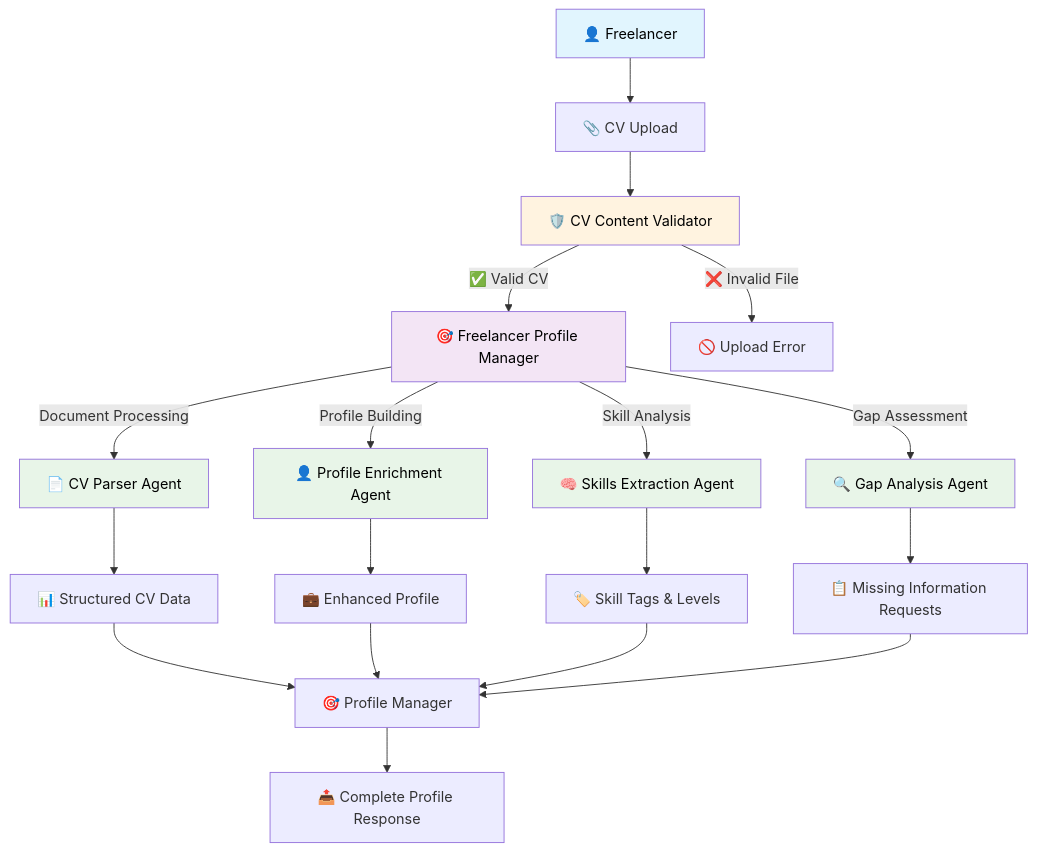
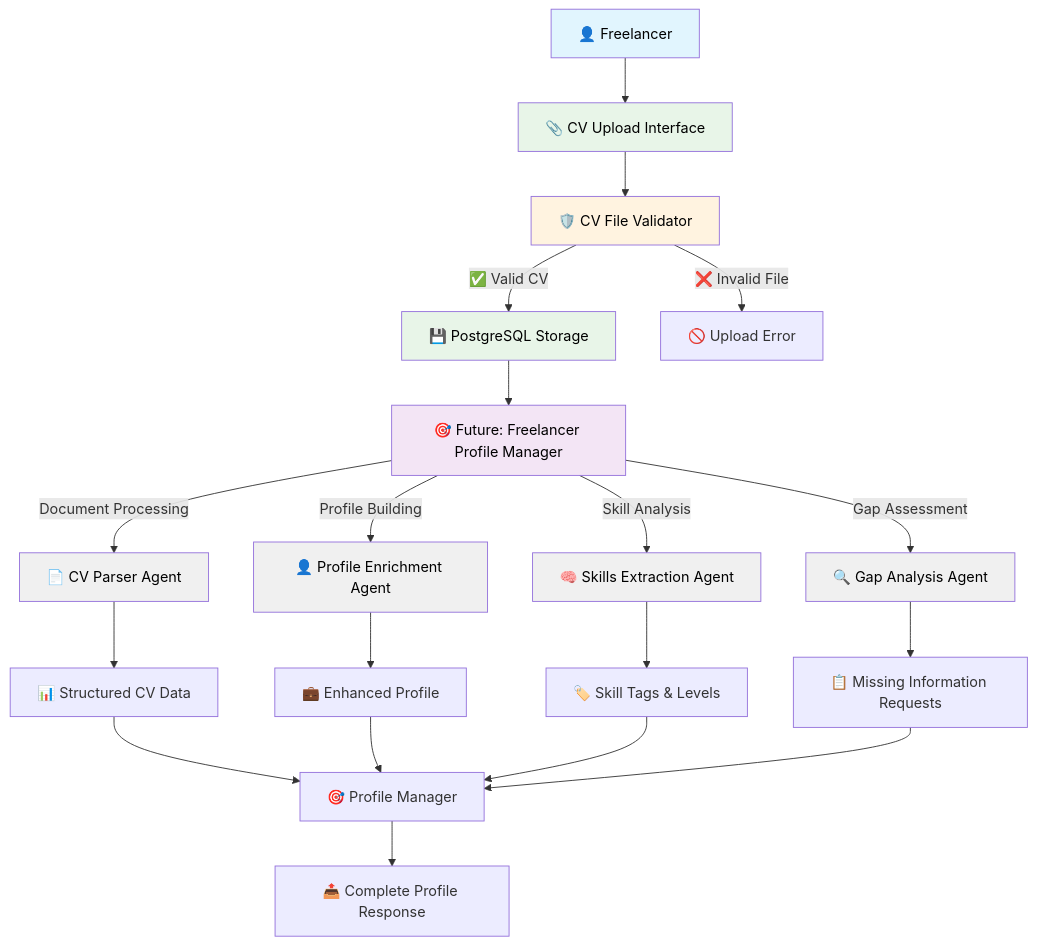
One commit to sandrop8/multi-agent-expert-sourcing changed the second of 2 diagrams in README.md. Above: the diagram before and after it, drawn with Mermaid. The commit also changed other lines of this file and 278 other files, not shown here.

````diff
--- a/README.md
+++ b/README.md
@@ -92,31 +100,34 @@
 ```mermaid
 graph TD
-    A[👤 Freelancer] --> B[📎 CV Upload]
-    B --> C[🛡️ CV Content Validator]
-    C -->|✅ Valid CV| D[🎯 Freelancer Profile Manager]
+    A[👤 Freelancer] --> B[📎 CV Upload Interface]
+    B --> C[🛡️ CV File Validator]
+    C -->|✅ Valid CV| D[💾 PostgreSQL Storage]
     C -->|❌ Invalid File| E[🚫 Upload Error]
     
-    D -->|Document Processing| F[📄 CV Parser Agent]
-    D -->|Profile Building| G[👤 Profile Enrichment Agent]
-    D -->|Skill Analysis| H[🧠 Skills Extraction Agent]
-    D -->|Gap Assessment| I[🔍 Gap Analysis Agent]
+    D --> F[🎯 Future: Freelancer Profile Manager]
+    F -->|Document Processing| G[📄 CV Parser Agent]
+    F -->|Profile Building| H[👤 Profile Enrichment Agent]
+    F -->|Skill Analysis| I[🧠 Skills Extraction Agent]
+    F -->|Gap Assessment| J[🔍 Gap Analysis Agent]
     
-    F --> J[📊 Structured CV Data]
-    G --> K[💼 Enhanced Profile]
-    H --> L[🏷️ Skill Tags & Levels]
-    I --> M[📋 Missing Information Requests]
+    G --> K[📊 Structured CV Data]
+    H --> L[💼 Enhanced Profile]
+    I --> M[🏷️ Skill Tags & Levels]
+    J --> N[📋 Missing Information Requests]
     
-    J --> N[🎯 Profile Manager]
-    K --> N
-    L --> N
-    M --> N
-    N --> O[📤 Complete Profile Response]
+    K --> O[🎯 Profile Manager]
+    L --> O
+    M --> O
+    N --> O
+    O --> P[📤 Complete Profile Response]
     
     style A fill:#e1f5fe,color:#000000
-    style D fill:#f3e5f5,color:#000000
+    style B fill:#e8f5e8,color:#000000
     style C fill:#fff3e0,color:#000000
-    style F fill:#e8f5e8,color:#000000
-    style G fill:#e8f5e8,color:#000000
-    style H fill:#e8f5e8,color:#000000
-    style I fill:#e8f5e8,color:#000000
+    style D fill:#e8f5e8,color:#000000
+    style F fill:#f3e5f5,color:#000000
+    style G fill:#f0f0f0,color:#000000
+    style H fill:#f0f0f0,color:#000000
+    style I fill:#f0f0f0,color:#000000
+    style J fill:#f0f0f0,color:#000000
 ```
````
